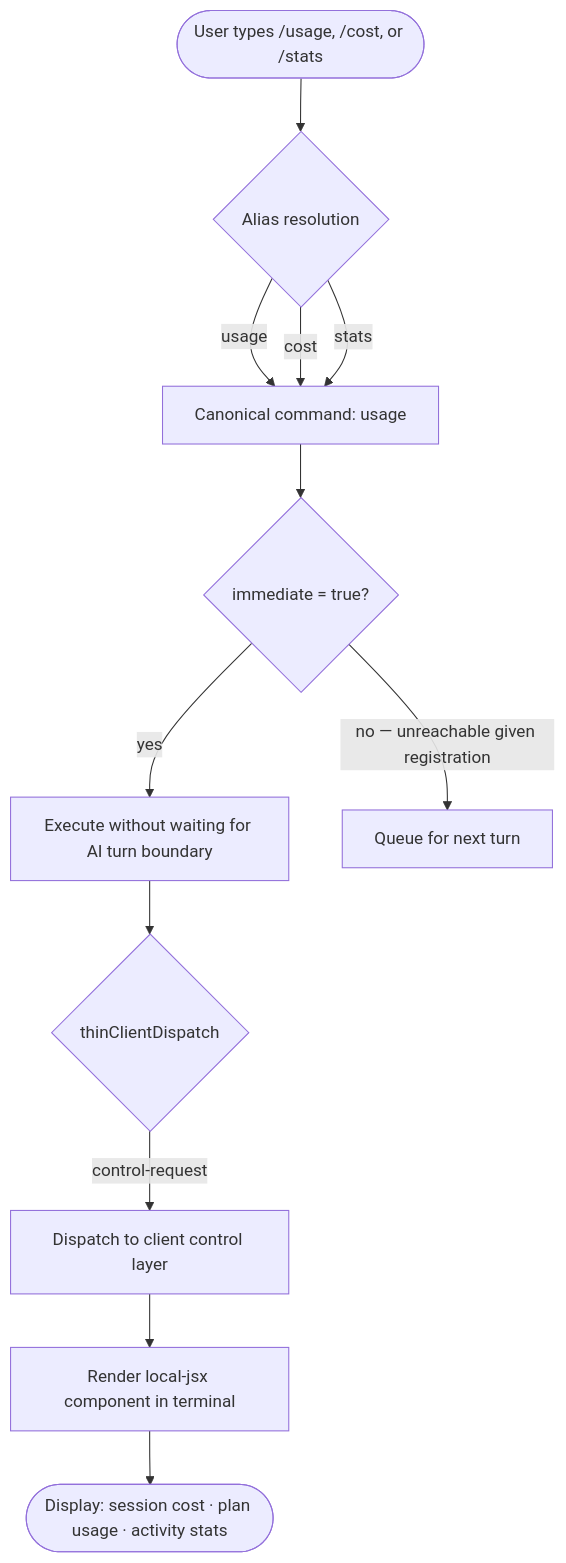
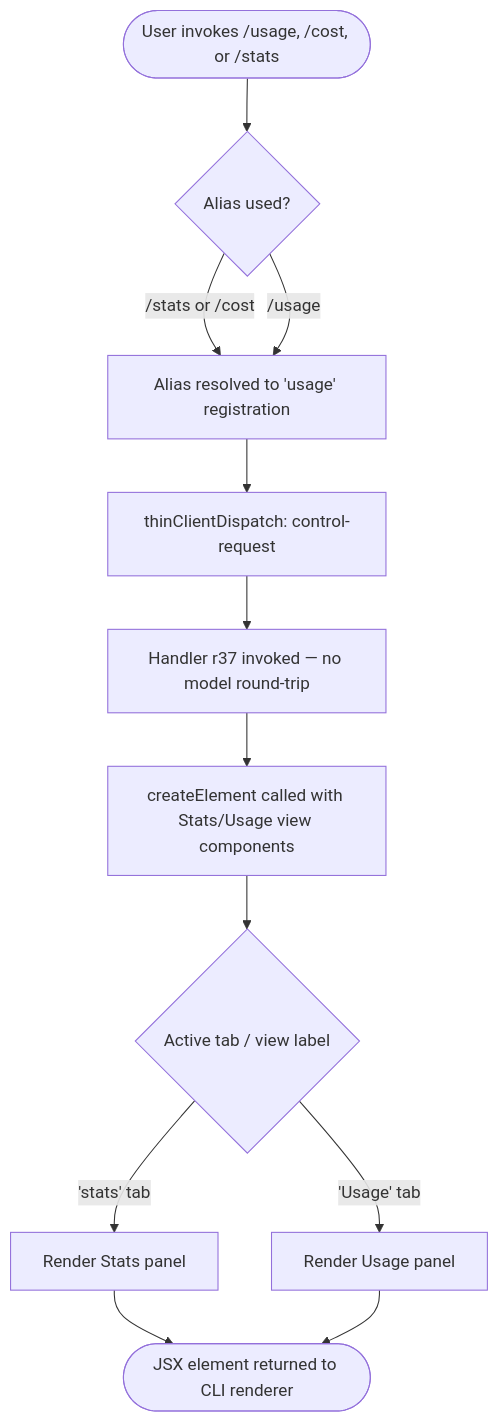
Before and after one commit to MyLittleLuckyDog/cc-gnothi: the diagram in versions/v2.1.144/usage.md, drawn with Mermaid. The commit also changed other lines of this file and 483 other files, not shown here.

````diff
--- a/versions/v2.1.144/usage.md
+++ b/versions/v2.1.144/usage.md
@@ -50,14 +57,13 @@
 ```mermaid
 flowchart TD
-    A([User types /usage, /cost, or /stats]) --> B{Alias resolution}
-    B -->|usage| C[Canonical command: usage]
-    B -->|cost| C
-    B -->|stats| C
-    C --> D{immediate = true?}
-    D -->|yes| E[Execute without waiting for AI turn boundary]
-    D -->|no — unreachable given registration| F[Queue for next turn]
-    E --> G{thinClientDispatch}
-    G -->|control-request| H[Dispatch to client control layer]
-    H --> I[Render local-jsx component in terminal]
-    I --> J([Display: session cost · plan usage · activity stats])
+    A([User invokes /usage, /cost, or /stats]) --> B{Alias used?}
+    B -- "/stats or /cost" --> C[Alias resolved to 'usage' registration]
+    B -- "/usage" --> C
+    C --> D[thinClientDispatch: control-request]
+    D --> E[Handler r37 invoked — no model round-trip]
+    E --> F[createElement called with Stats/Usage view components]
+    F --> G{Active tab / view label}
+    G -- "'stats' tab" --> H[Render Stats panel]
+    G -- "'Usage' tab" --> I[Render Usage panel]
+    H & I --> J([JSX element returned to CLI renderer])
 ```
````
